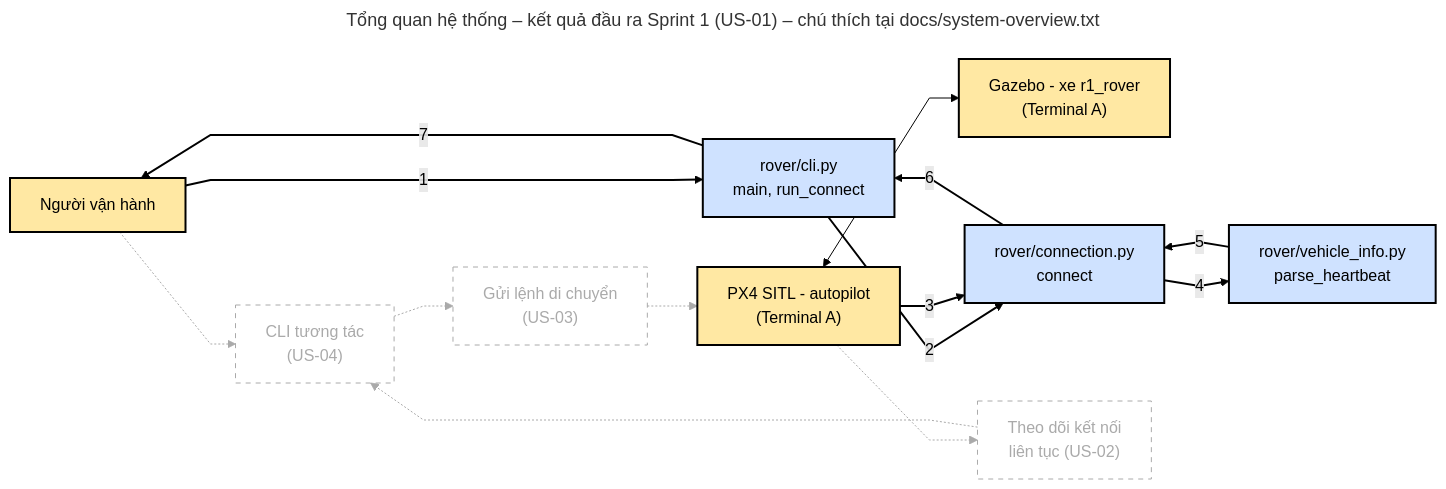
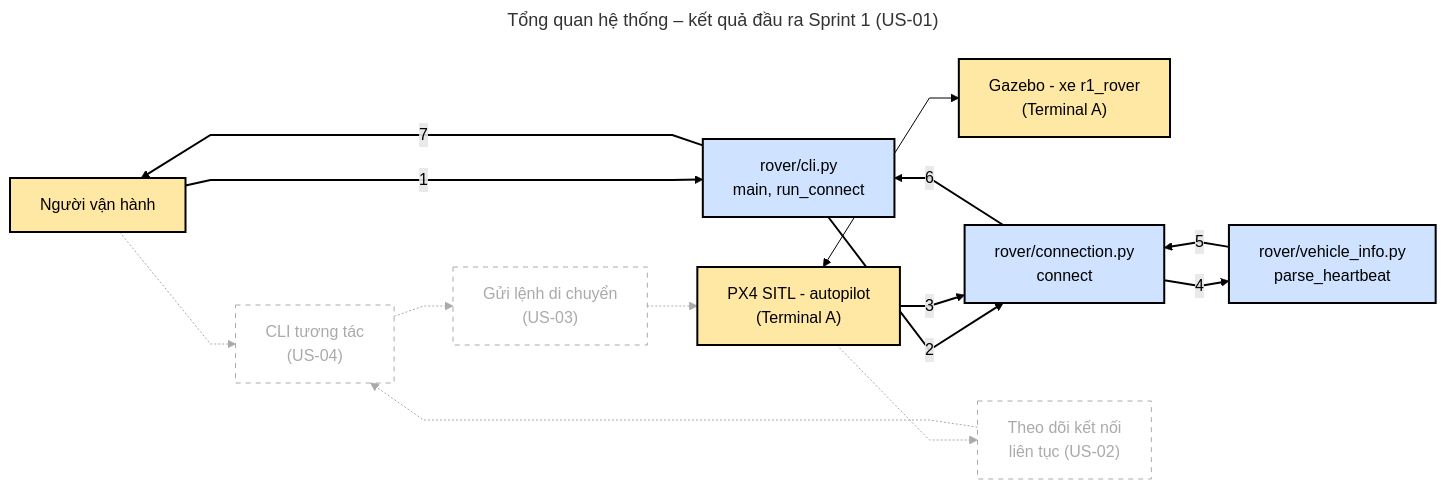
Before and after one commit to wenxizhabg/rover-control-by-PX4: the diagram in docs/diagrams/system-overview/system-overview.mmd, drawn with Mermaid. The commit also changed 4 other files, not shown here.

```diff
--- a/docs/diagrams/system-overview/system-overview.mmd
+++ b/docs/diagrams/system-overview/system-overview.mmd
@@ -1,53 +1,53 @@
 ---
-title: Tổng quan hệ thống – kết quả đầu ra Sprint 1 (US-01) – chú thích tại docs/system-overview.txt
+title: Tổng quan hệ thống – kết quả đầu ra Sprint 1 (US-01)
 config:
   flowchart:
     curve: linear
 ---
 flowchart LR
     %% Khối đã có: người dùng và phần mềm không do nhóm viết
     user["Người vận hành"]
     px4["PX4 SITL - autopilot<br/>(Terminal A)"]
     gz["Gazebo - xe r1_rover<br/>(Terminal A)"]
 
     %% Khối đã có: code của nhóm (app rover, Terminal B)
     cli["rover/cli.py<br/>main, run_connect"]
     conn["rover/connection.py<br/>connect"]
     vi["rover/vehicle_info.py<br/>parse_heartbeat"]
 
     %% Khối dự kiến cho các story tiếp theo, chưa thiết kế chi tiết
     ui2["CLI tương tác<br/>(US-04)"]
     mon2["Theo dõi kết nối<br/>liên tục (US-02)"]
     cmd2["Gửi lệnh di chuyển<br/>(US-03)"]
 
     %% --- ĐỊNH HÌNH BỐ CỤC CHÍNH ---
     user -->|"1"| cli
     cli -->|"2"| conn
     conn -->|"4"| vi
     
     px4 -->|"3"| conn
     
     vi -->|"5"| conn
     conn -->|"6"| cli
     cli -->|"7"| user
 
     px4 <--> gz
 
     %% Luồng dự kiến
     user -.-> ui2
     ui2 -.-> cmd2
     cmd2 -.-> px4
     px4 -.-> mon2
     mon2 -.-> ui2
 
     classDef done fill:#cfe2ff,stroke:#000,stroke-width:2px,color:#000
     classDef ext fill:#ffe8a3,stroke:#000,stroke-width:2px,color:#000
     classDef plan fill:none,stroke:#aaa,stroke-width:1px,stroke-dasharray:5 5,color:#aaa
 
     class cli,conn,vi done
     class user,px4,gz ext
     class ui2,mon2,cmd2 plan
 
     linkStyle 0,1,2,3,4,5,6 stroke:#000,stroke-width:2px,color:#000
     linkStyle 7 stroke:#000,stroke-width:1px,color:#000
     linkStyle 8,9,10,11,12 stroke:#aaa,stroke-width:1px,color:#aaa
```
